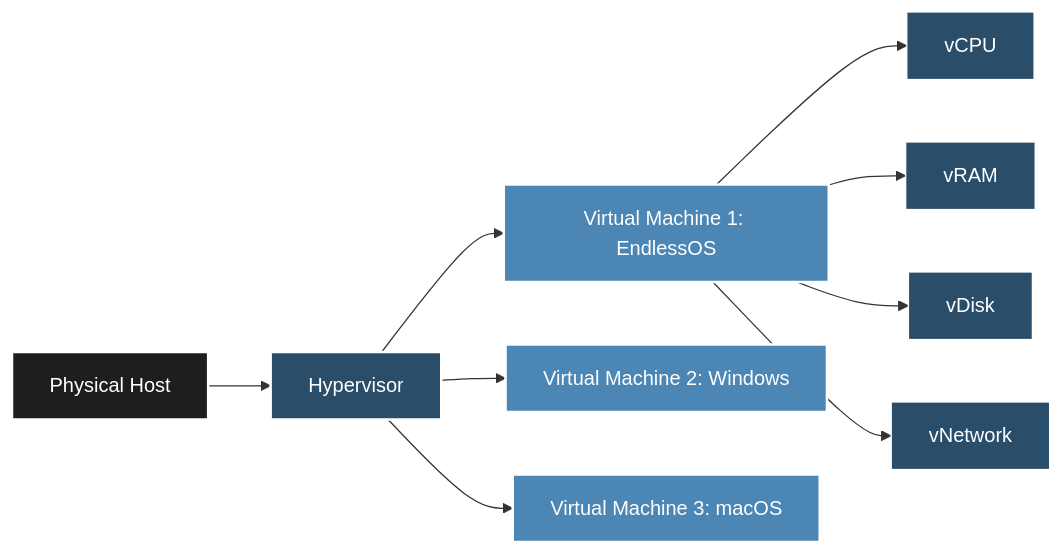
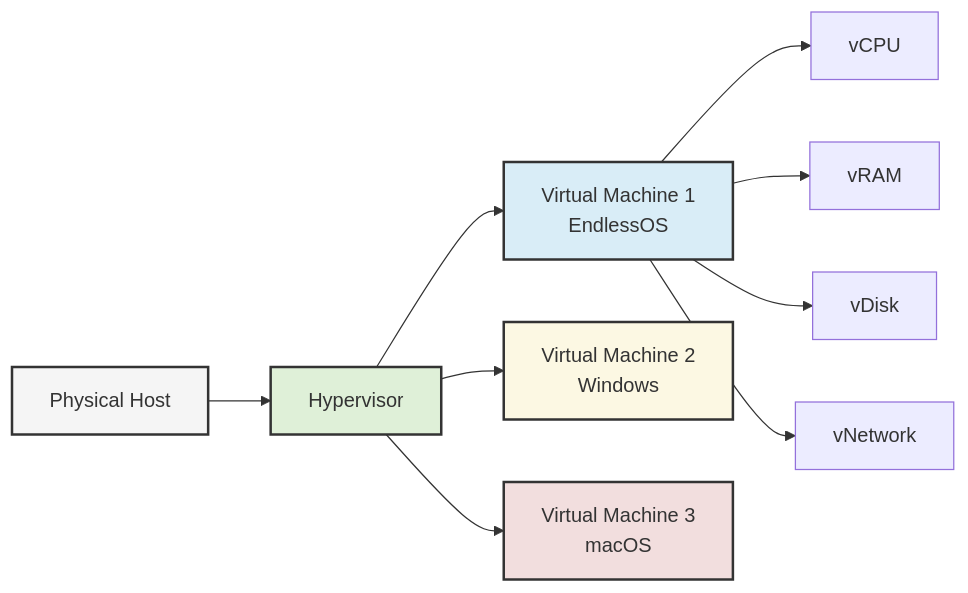
One commit to Ananya-Addisu/Endless-OS changed the sixth of 9 diagrams in README.md. Above: the diagram before and after it, drawn with Mermaid. The commit also changed other lines of this file, not shown here.

````diff
--- a/README.md
+++ b/README.md
@@ -393,22 +384,18 @@
 ```mermaid
 graph LR
     A[Physical Host] --> B[Hypervisor]
-    B --> C[Virtual Machine 1: EndlessOS]
-    B --> D[Virtual Machine 2: Windows]
-    B --> E[Virtual Machine 3: macOS]
+    B --> C[Virtual Machine 1<br>EndlessOS]
+    B --> D[Virtual Machine 2<br>Windows]
+    B --> E[Virtual Machine 3<br>macOS]
     
     C --> F[vCPU]
     C --> G[vRAM]
     C --> H[vDisk]
     C --> I[vNetwork]
     
-    style A fill:#1E1E1E,stroke:#FFF,stroke-width:2px,color:#FFF
-    style B fill:#2A4D69,stroke:#FFF,stroke-width:2px,color:#FFF
-    style C fill:#4B86B4,stroke:#FFF,stroke-width:2px,color:#FFF
-    style D fill:#4B86B4,stroke:#FFF,stroke-width:2px,color:#FFF
-    style E fill:#4B86B4,stroke:#FFF,stroke-width:2px,color:#FFF
-    style F fill:#2A4D69,stroke:#FFF,stroke-width:1px,color:#FFF
-    style G fill:#2A4D69,stroke:#FFF,stroke-width:1px,color:#FFF
-    style H fill:#2A4D69,stroke:#FFF,stroke-width:1px,color:#FFF
-    style I fill:#2A4D69,stroke:#FFF,stroke-width:1px,color:#FFF
+    style A fill:#f5f5f5,stroke:#333,stroke-width:2px
+    style B fill:#dff0d8,stroke:#333,stroke-width:2px
+    style C fill:#d9edf7,stroke:#333,stroke-width:2px
+    style D fill:#fcf8e3,stroke:#333,stroke-width:2px
+    style E fill:#f2dede,stroke:#333,stroke-width:2px
 ```
````
